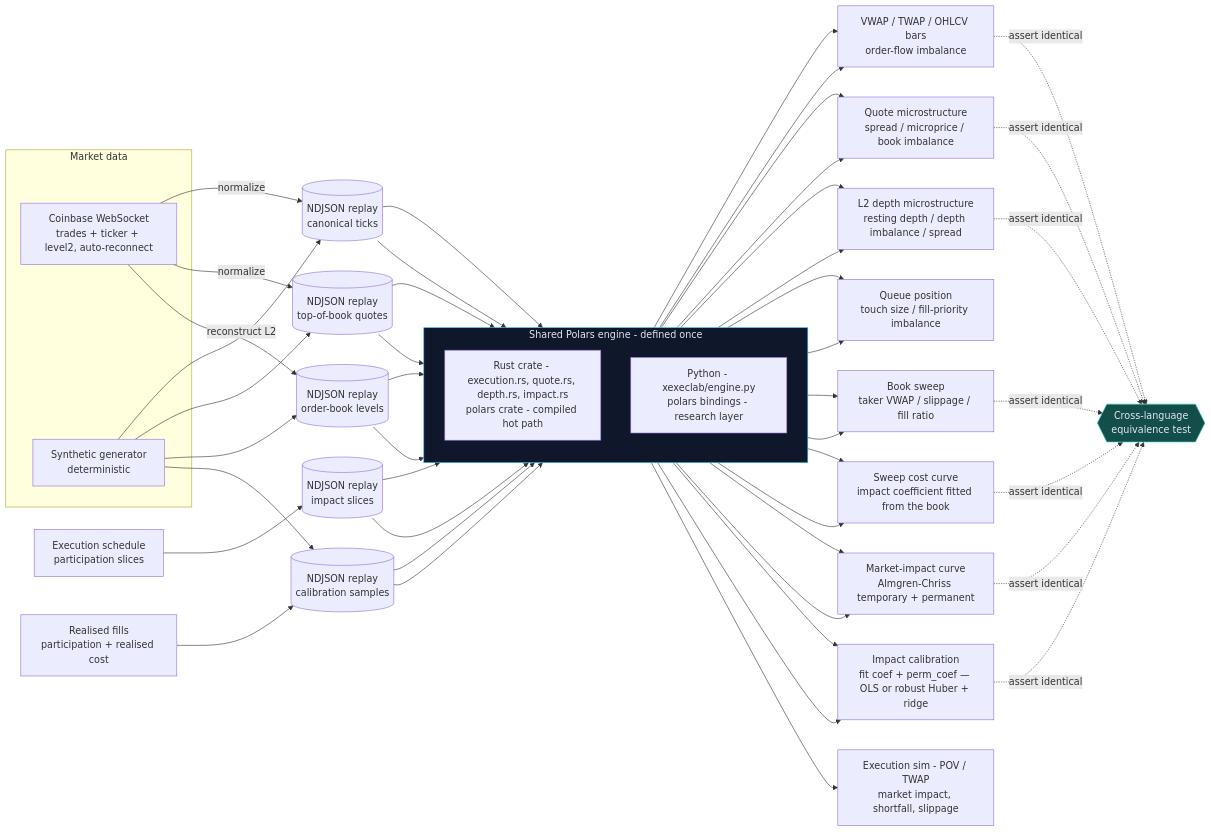
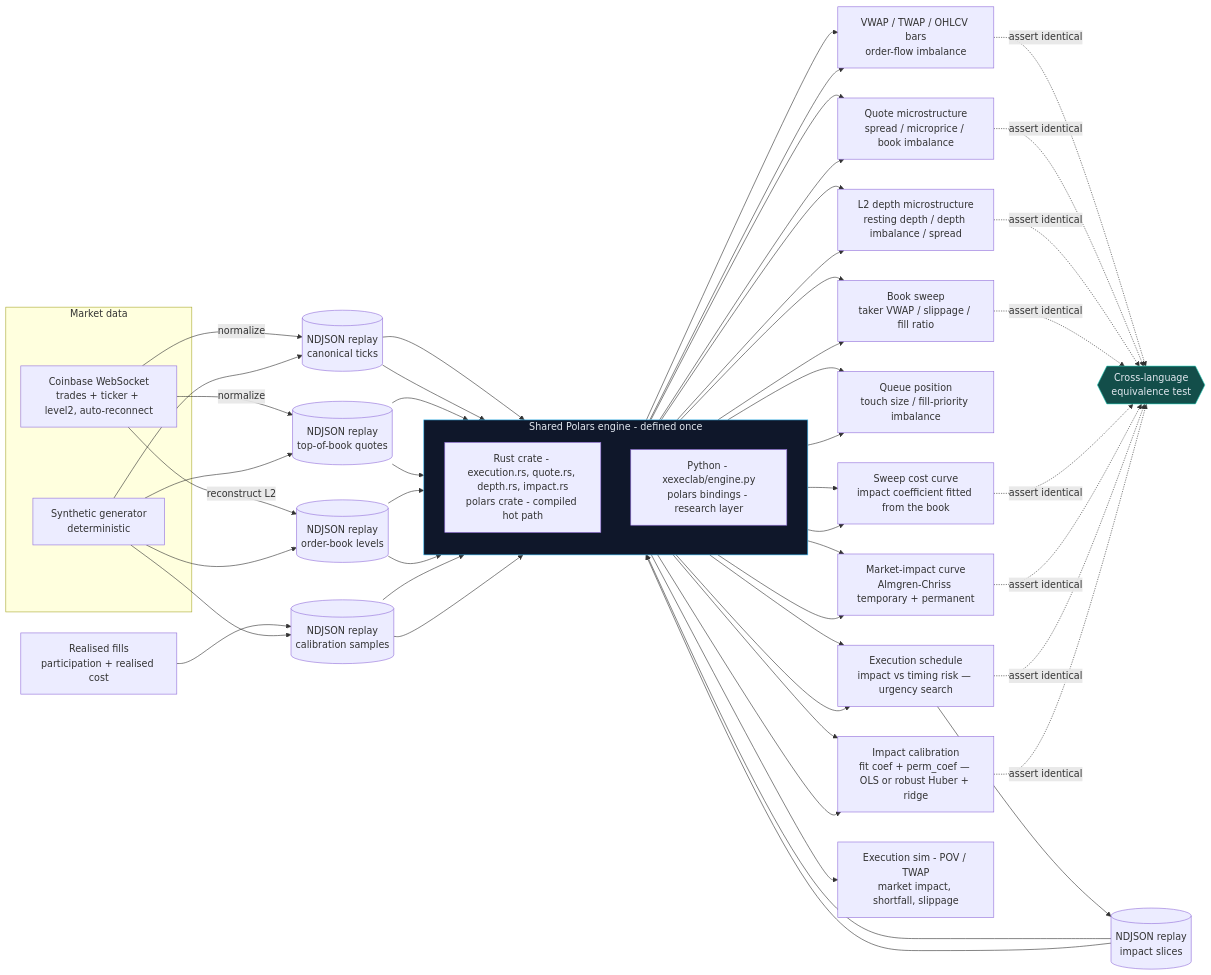
One commit to ghoshp83/polars-execution-lab changed the diagram in README.md. Above: the diagram before and after it, drawn with Mermaid. The commit also changed other lines of this file and 5 other files, not shown here.

First line of the commit message:
docs: release v0.12.0 (the execution schedule itself)

````diff
--- a/README.md
+++ b/README.md
@@ -28,62 +29,65 @@
 ```mermaid
 flowchart LR
     subgraph ingest[Market data]
         CB[Coinbase WebSocket<br/>trades + ticker + level2, auto-reconnect]
         SYN[Synthetic generator<br/>deterministic]
     end
     CB -->|normalize| RP[(NDJSON replay<br/>canonical ticks)]
     CB -->|normalize| QRP[(NDJSON replay<br/>top-of-book quotes)]
     CB -->|reconstruct L2| BRP[(NDJSON replay<br/>order-book levels)]
     SCHED[Execution schedule<br/>participation slices] --> IRP[(NDJSON replay<br/>impact slices)]
     FILLS_IN[Realised fills<br/>participation + realised cost] --> CRP[(NDJSON replay<br/>calibration samples)]
     SYN --> RP
     SYN --> QRP
     SYN --> BRP
     SYN --> CRP
 
     subgraph engine[Shared Polars engine - defined once]
         direction TB
         RUST["Rust crate - execution.rs, quote.rs, depth.rs, impact.rs<br/>polars crate - compiled hot path"]
         PY["Python - xexeclab/engine.py<br/>polars bindings - research layer"]
     end
 
     RP --> RUST
     RP --> PY
     QRP --> RUST
     QRP --> PY
     BRP --> RUST
     BRP --> PY
     IRP --> RUST
     IRP --> PY
     CRP --> RUST
     CRP --> PY
 
     RUST --> BENCH[VWAP / TWAP / OHLCV bars<br/>order-flow imbalance]
     PY --> BENCH
     RUST --> BOOK[Quote microstructure<br/>spread / microprice / book imbalance]
     PY --> BOOK
     RUST --> DEPTH[L2 depth microstructure<br/>resting depth / depth imbalance / spread]
     PY --> DEPTH
     RUST --> QUEUE[Queue position<br/>touch size / fill-priority imbalance]
     PY --> QUEUE
     RUST --> SWEEP[Book sweep<br/>taker VWAP / slippage / fill ratio]
     PY --> SWEEP
     RUST --> CURVE[Sweep cost curve<br/>impact coefficient fitted from the book]
     PY --> CURVE
     RUST --> IMPACT[Market-impact curve<br/>Almgren-Chriss temporary + permanent]
     PY --> IMPACT
+    RUST --> SCHED[Execution schedule<br/>impact vs timing risk — urgency search]
+    PY --> SCHED
     RUST --> CALIB[Impact calibration<br/>fit coef + perm_coef — OLS or robust Huber + ridge]
     PY --> CALIB
     PY --> FILLS["Execution sim - POV / TWAP<br/>market impact, shortfall, slippage"]
 
     BENCH -.->|assert identical| EQ{{Cross-language<br/>equivalence test}}
     BOOK -.->|assert identical| EQ
     DEPTH -.->|assert identical| EQ
     SWEEP -.->|assert identical| EQ
     CURVE -.->|assert identical| EQ
     IMPACT -.->|assert identical| EQ
+    SCHED -.->|assert identical| EQ
     CALIB -.->|assert identical| EQ
 
     style engine fill:#0f172a,stroke:#38bdf8,color:#e2e8f0
     style EQ fill:#134e4a,stroke:#2dd4bf,color:#e2e8f0
 ```
````
